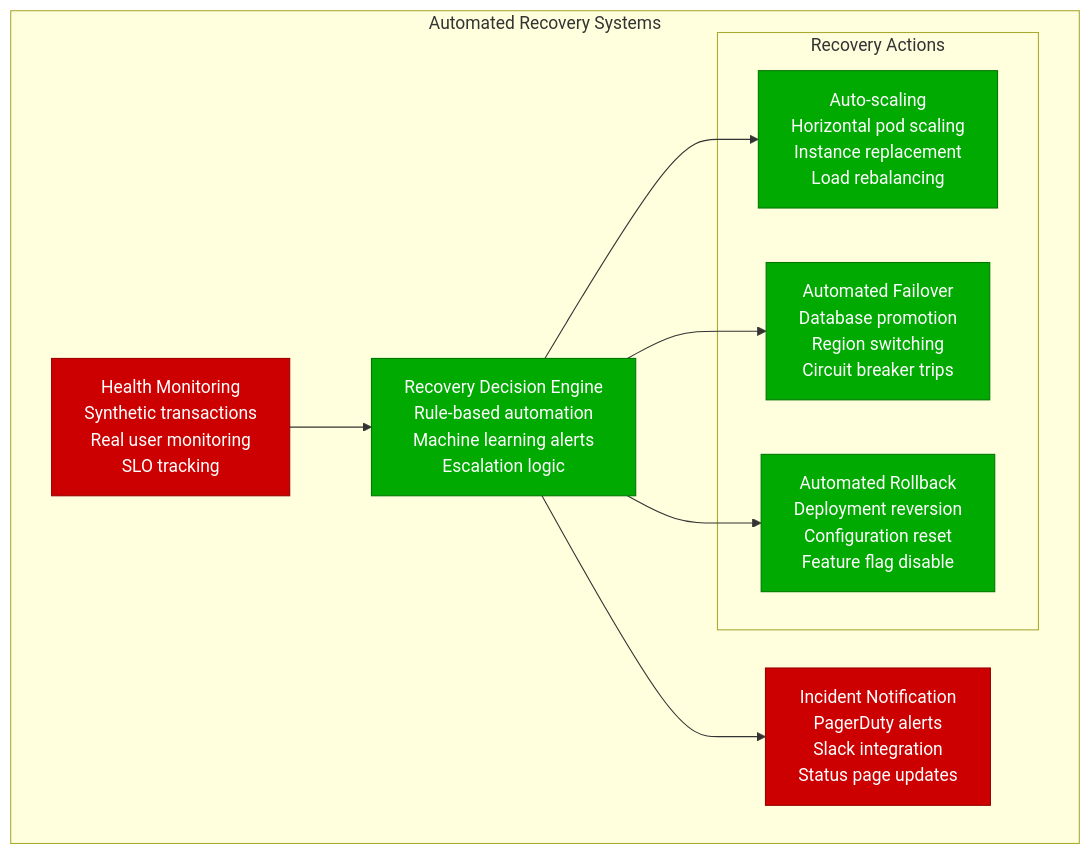
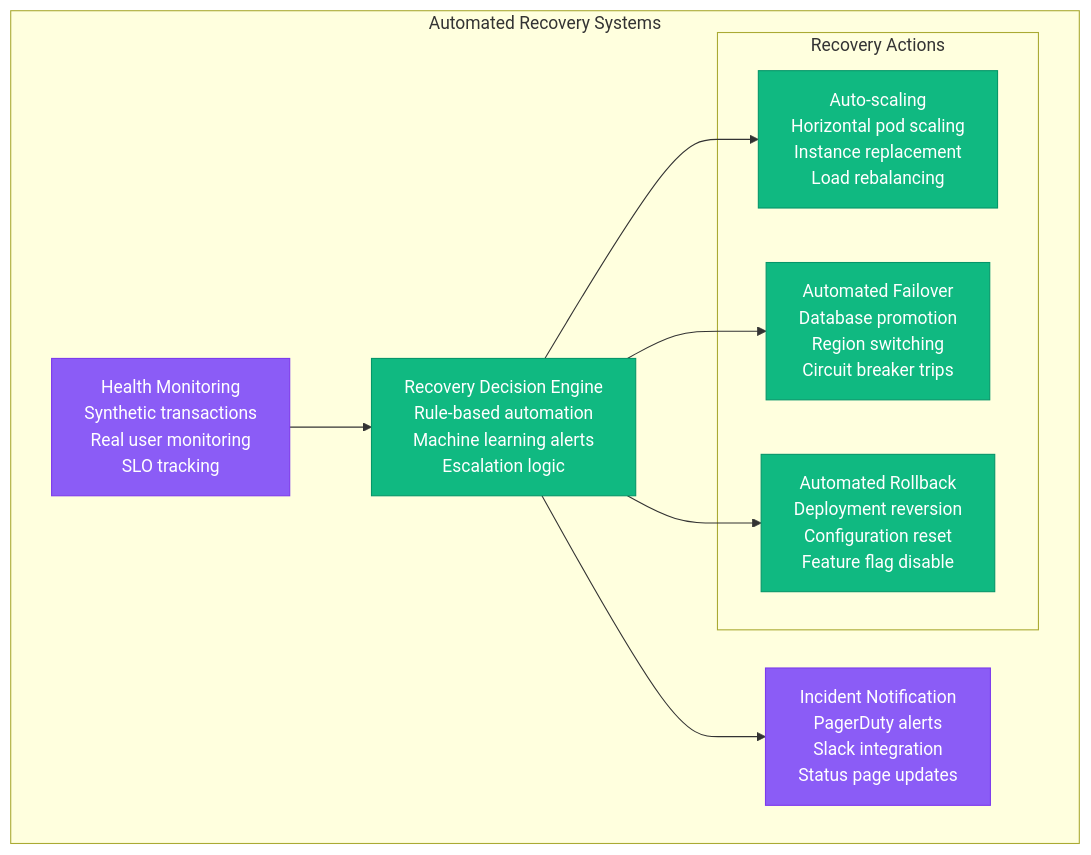
One commit to deepaucksharma/DS changed the fourth of 4 diagrams in site/docs/systems/spotify/failure-domains.md. Above: the diagram before and after it, drawn with Mermaid. The commit also changed other lines of this file and 303 other files, not shown here.

````diff
--- a/site/docs/systems/spotify/failure-domains.md
+++ b/site/docs/systems/spotify/failure-domains.md
@@ -173,30 +173,30 @@
 ```mermaid
 graph TB
     subgraph AutoRecovery[Automated Recovery Systems]
         HealthMonitor[Health Monitoring<br/>Synthetic transactions<br/>Real user monitoring<br/>SLO tracking]
 
         DecisionEngine[Recovery Decision Engine<br/>Rule-based automation<br/>Machine learning alerts<br/>Escalation logic]
 
         subgraph Actions[Recovery Actions]
             AutoScale[Auto-scaling<br/>Horizontal pod scaling<br/>Instance replacement<br/>Load rebalancing]
 
             Failover[Automated Failover<br/>Database promotion<br/>Region switching<br/>Circuit breaker trips]
 
             Rollback[Automated Rollback<br/>Deployment reversion<br/>Configuration reset<br/>Feature flag disable]
         end
 
         Notification[Incident Notification<br/>PagerDuty alerts<br/>Slack integration<br/>Status page updates]
     end
 
     HealthMonitor --> DecisionEngine
     DecisionEngine --> AutoScale
     DecisionEngine --> Failover
     DecisionEngine --> Rollback
     DecisionEngine --> Notification
 
-    classDef serviceStyle fill:#00AA00,stroke:#007700,color:#fff
-    classDef controlStyle fill:#CC0000,stroke:#990000,color:#fff
+    classDef serviceStyle fill:#10B981,stroke:#059669,color:#fff
+    classDef controlStyle fill:#8B5CF6,stroke:#7C3AED,color:#fff
 
     class DecisionEngine,AutoScale,Failover,Rollback serviceStyle
     class HealthMonitor,Notification controlStyle
 ```
````
